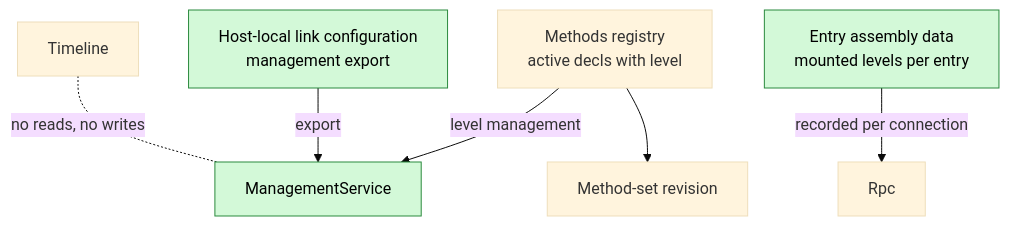
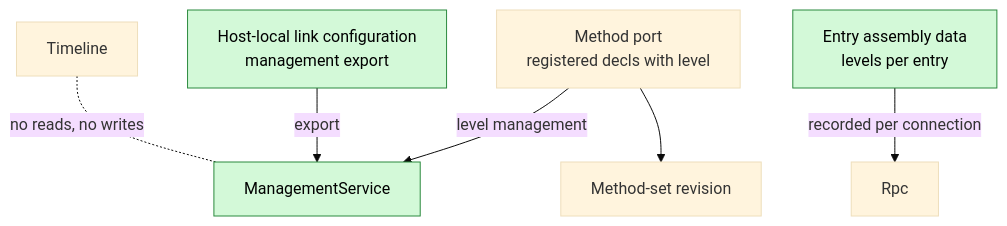
One commit to CoutinhoTTS/dim-agent changed the second of 5 diagrams in docs/design/plugins/Management.md. Above: the diagram before and after it, drawn with Mermaid (base theme). The commit also changed other lines of this file and 3 other files, not shown here.

````diff
--- a/docs/design/plugins/Management.md
+++ b/docs/design/plugins/Management.md
@@ -45,14 +45,14 @@
 ```mermaid
 flowchart TB
-  REG["Methods registry<br/>active decls with level"]
-  ENT["Entry assembly data<br/>mounted levels per entry"]:::new
+  REG["Method port<br/>registered decls with level"]
+  ENT["Entry assembly data<br/>levels per entry"]:::new
   LINK["Host-local link configuration<br/>management export"]:::new
   REV["Method-set revision"]
   TL["Timeline"]
   REG -->|"level management"| MS["ManagementService"]:::new
   ENT -->|"recorded per connection"| RPC["Rpc"]
   LINK -->|"export"| MS
   REG --> REV
   TL -.-|"no reads, no writes"| MS
   classDef new fill:#d3f9d8,stroke:#2b8a3e,color:#000
 ```
````
